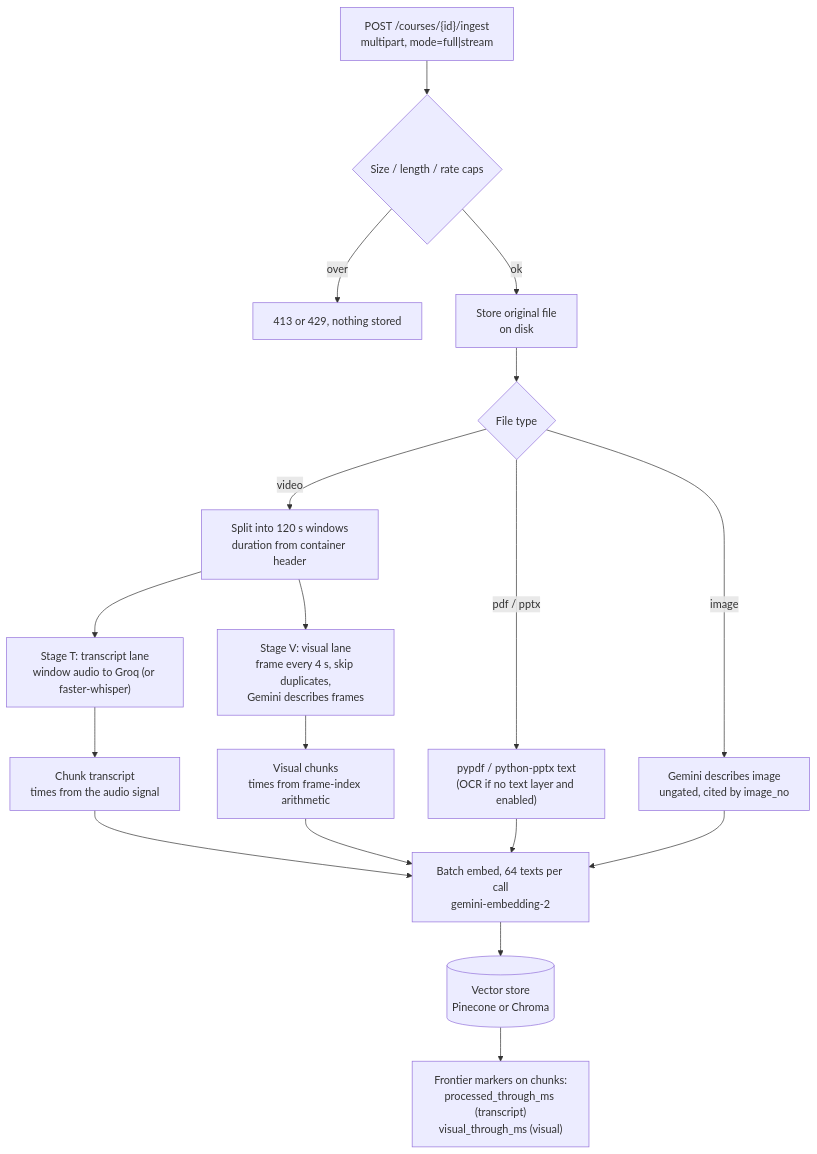
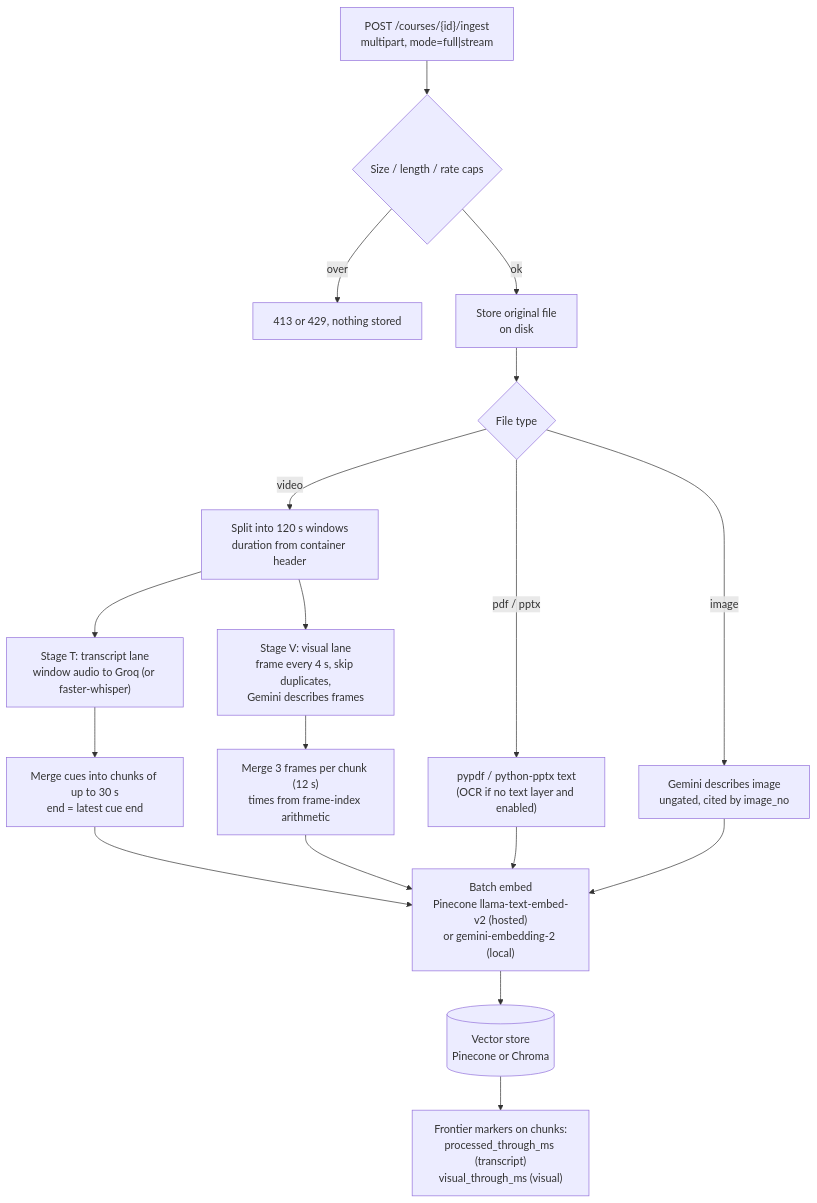
Before and after one commit to Nanu69-batman/ailearn: the second of 4 diagrams in submission/ARCHITECTURE.md, drawn with Mermaid. The commit also changed other lines of this file and 16 other files, not shown here.

First line of the commit message:
﻿feat(api): Pinecone Inference embeddings and merged chunks

````diff
--- a/submission/ARCHITECTURE.md
+++ b/submission/ARCHITECTURE.md
@@ -69,20 +70,20 @@
 ```mermaid
 flowchart TD
   UP["POST /courses/{id}/ingest<br/>multipart, mode=full|stream"] --> CAP{"Size / length / rate caps"}
   CAP -->|"over"| E413["413 or 429, nothing stored"]
   CAP -->|"ok"| ST["Store original file<br/>on disk"]
   ST --> KIND{"File type"}
   KIND -->|"pdf / pptx"| DOC["pypdf / python-pptx text<br/>(OCR if no text layer and enabled)"]
   KIND -->|"image"| IMG["Gemini describes image<br/>ungated, cited by image_no"]
   KIND -->|"video"| WIN["Split into 120 s windows<br/>duration from container header"]
   WIN --> T["Stage T: transcript lane<br/>window audio to Groq (or faster-whisper)"]
   WIN --> V["Stage V: visual lane<br/>frame every 4 s, skip duplicates,<br/>Gemini describes frames"]
-  T --> CT["Chunk transcript<br/>times from the audio signal"]
-  V --> CV["Visual chunks<br/>times from frame-index arithmetic"]
-  CT --> EMB["Batch embed, 64 texts per call<br/>gemini-embedding-2"]
+  T --> CT["Merge cues into chunks of up to 30 s<br/>end = latest cue end"]
+  V --> CV["Merge 3 frames per chunk (12 s)<br/>times from frame-index arithmetic"]
+  CT --> EMB["Batch embed<br/>Pinecone llama-text-embed-v2 (hosted)<br/>or gemini-embedding-2 (local)"]
   CV --> EMB
   DOC --> EMB
   IMG --> EMB
   EMB --> VS[("Vector store<br/>Pinecone or Chroma")]
   VS --> FR["Frontier markers on chunks:<br/>processed_through_ms (transcript)<br/>visual_through_ms (visual)"]
 ```
````
